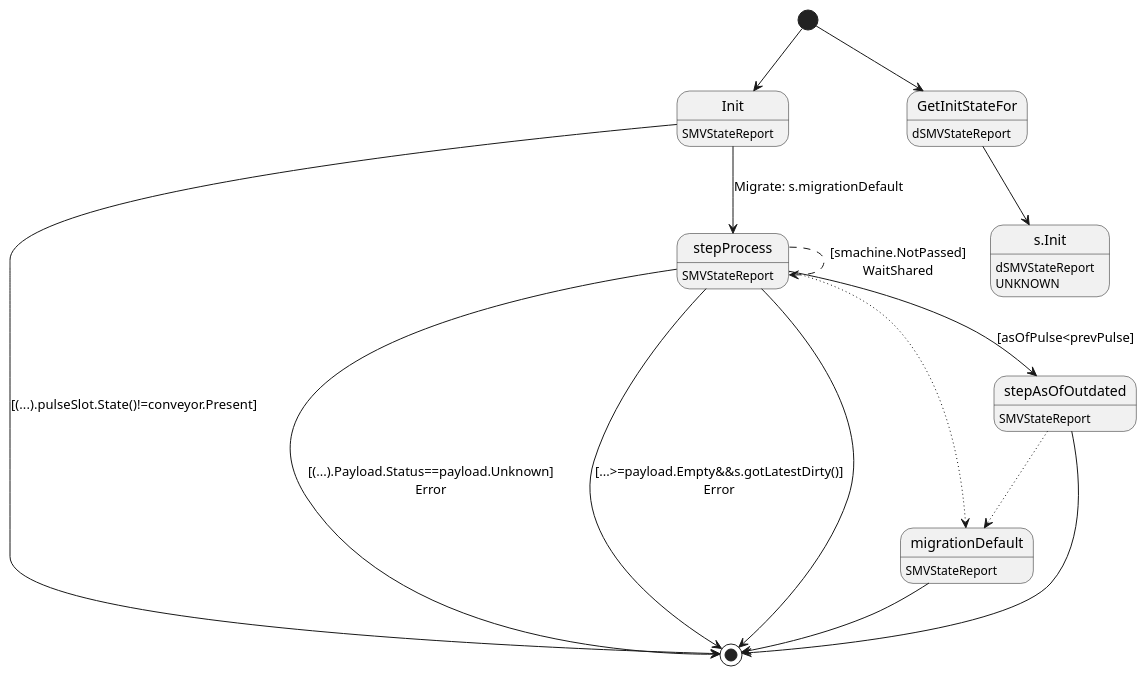
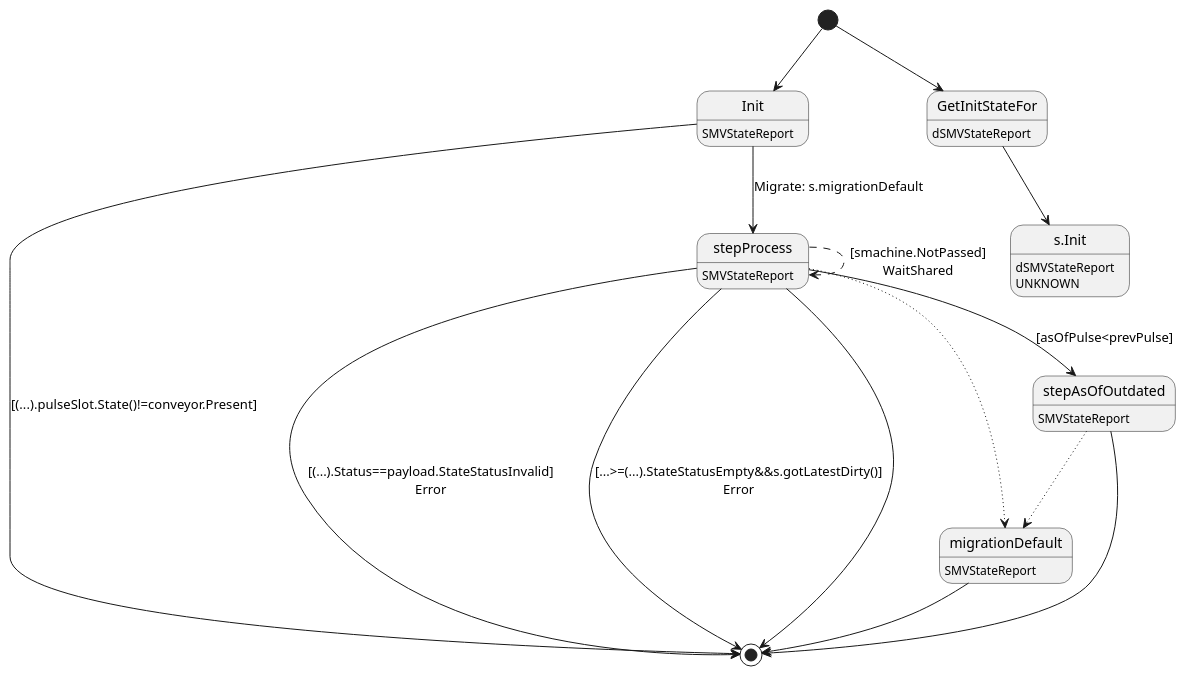
One commit to insolar/assured-ledger changed the diagram in ledger-core/virtual/handlers/vstatereport.plantuml. Above: the diagram before and after it, drawn with PlantUML. The commit also changed 1 other file, not shown here.

Commit message:
NOISSUE: update plant uml diagrams for SMs

```diff
--- a/ledger-core/virtual/handlers/vstatereport.plantuml
+++ b/ledger-core/virtual/handlers/vstatereport.plantuml
@@ -1,29 +1,29 @@
 @startuml
 state "Init" as T01_S001
 T01_S001 : SMVStateReport
 [*] --> T01_S001
 T01_S001 --> [*] : [(...).pulseSlot.State()!=conveyor.Present]
 T01_S001 --> T01_S003 : Migrate: s.migrationDefault
 state "migrationDefault" as T01_S002
 T01_S002 : SMVStateReport
 T01_S002 --> [*]
 state "stepAsOfOutdated" as T01_S004
 T01_S004 : SMVStateReport
 T01_S004 --[dotted]> T01_S002
 T01_S004 --> [*]
 state "stepProcess" as T01_S003
 T01_S003 : SMVStateReport
 T01_S003 --[dotted]> T01_S002
-T01_S003 --> [*] : [(...).Payload.Status==payload.Unknown]\nError
-T01_S003 --> [*] : [...>=payload.Empty&&s.gotLatestDirty()]\nError
+T01_S003 --> [*] : [(...).Status==payload.StateStatusInvalid]\nError
+T01_S003 --> [*] : [...>=(...).StateStatusEmpty&&s.gotLatestDirty()]\nError
 T01_S003 --> T01_S004 : [asOfPulse<prevPulse]
 T01_S003 --[dashed]> T01_S003 : [smachine.NotPassed]\nWaitShared
 T01_S003 --> [*]
 state "GetInitStateFor" as T00_S001
 T00_S001 : dSMVStateReport
 [*] --> T00_S001
 state "s.Init" as T00_U001
 T00_U001 : dSMVStateReport
 T00_U001 : UNKNOWN 
 T00_S001 --> T00_U001
 @enduml
```
